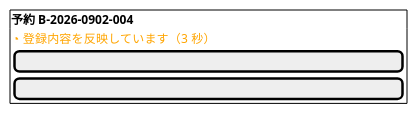
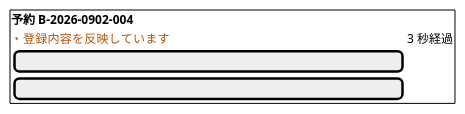
Before and after one commit to k2works/case-study-cargo-tracker: the seventh of 20 diagrams in docs/design/cargo-tracker/ui_design.md, drawn with PlantUML. The commit also changed other lines of this file and 18 other files, not shown here.

````diff
--- a/docs/design/cargo-tracker/ui_design.md
+++ b/docs/design/cargo-tracker/ui_design.md
@@ -347,12 +438,12 @@
 ```plantuml
 @startsalt
 {+
   <b>予約 B-2026-0902-004
   {
-    <color:orange>◔ 登録内容を反映しています（3 秒）</color>
+    <color:#B45309>◔ 登録内容を反映しています</color> | 3 秒経過
     [                                                ]
     [                                                ]
   }
 }
 @endsalt
 ```
````
